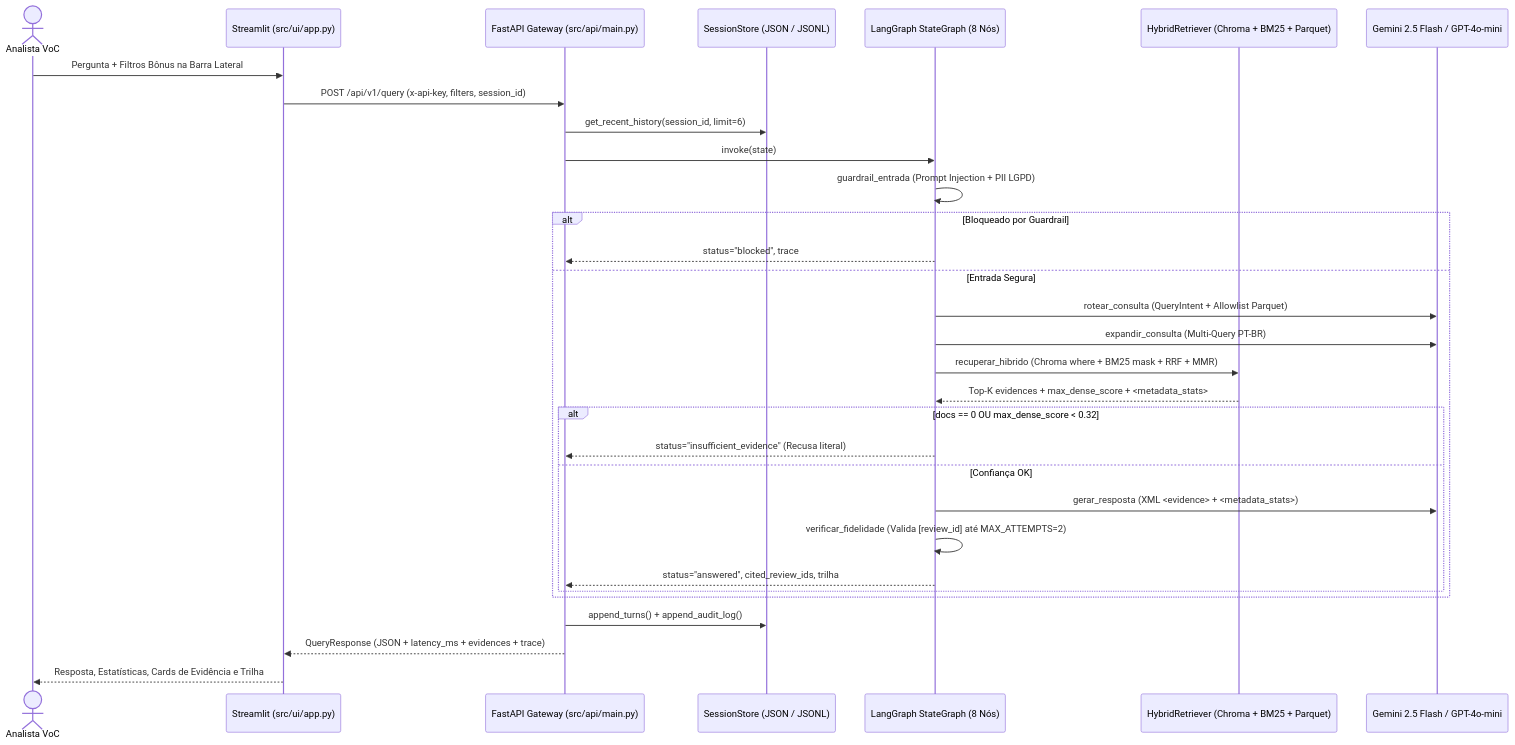
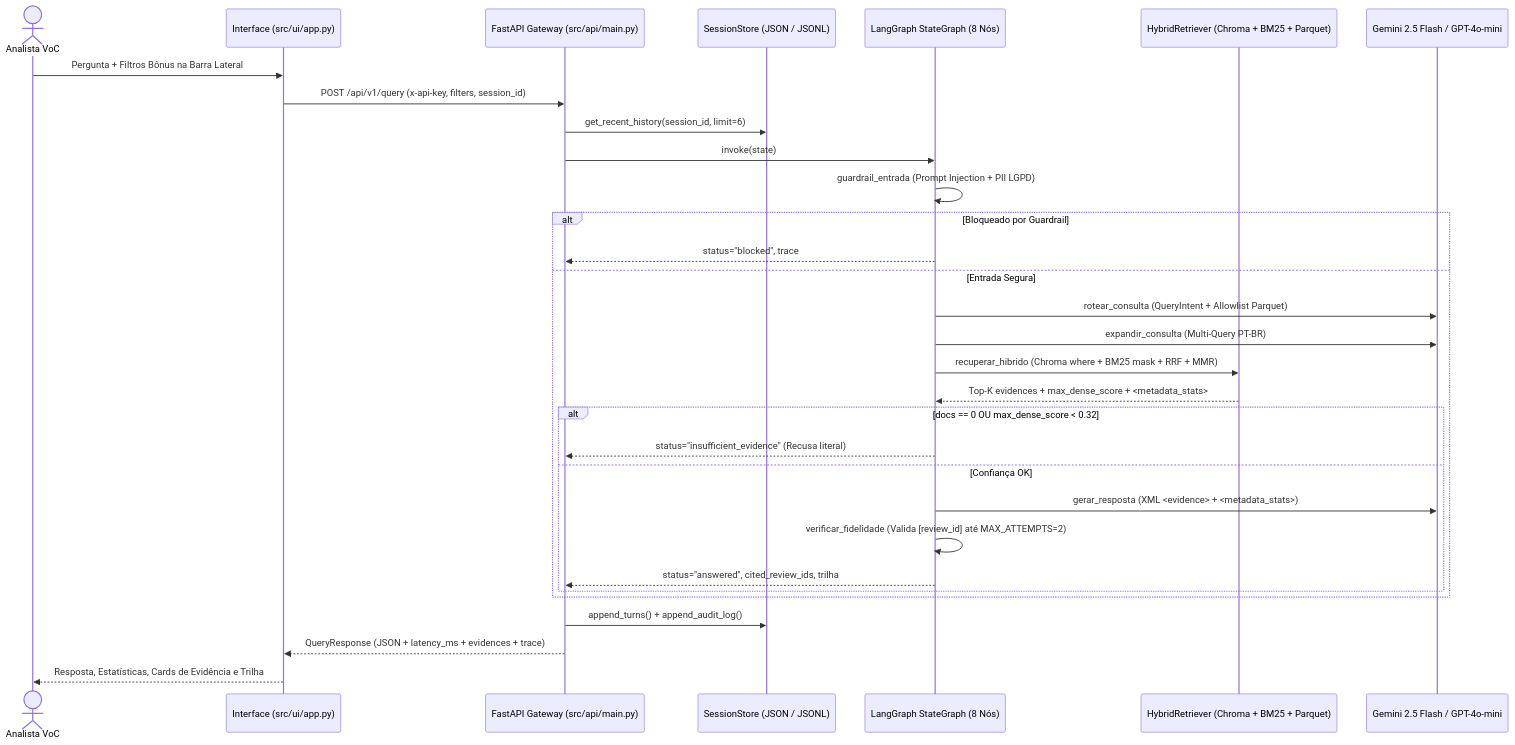
Before and after one commit to MaxxTak/tech-challenge-4: the fourth of 4 diagrams in README.md, drawn with Mermaid. The commit also changed other lines of this file and 1 other file, not shown here.

````diff
--- a/README.md
+++ b/README.md
@@ -79,34 +167,34 @@
 ```mermaid
 sequenceDiagram
     actor User as Analista VoC
-    participant UI as Streamlit (src/ui/app.py)
+    participant UI as Interface (src/ui/app.py)
     participant API as FastAPI Gateway (src/api/main.py)
     participant SS as SessionStore (JSON / JSONL)
     participant LG as LangGraph StateGraph (8 Nós)
     participant RET as HybridRetriever (Chroma + BM25 + Parquet)
     participant LLM as Gemini 2.5 Flash / GPT-4o-mini
 
     User->>UI: Pergunta + Filtros Bônus na Barra Lateral
     UI->>API: POST /api/v1/query (x-api-key, filters, session_id)
     API->>SS: get_recent_history(session_id, limit=6)
     API->>LG: invoke(state)
     LG->>LG: guardrail_entrada (Prompt Injection + PII LGPD)
     alt Bloqueado por Guardrail
         LG-->>API: status="blocked", trace
     else Entrada Segura
         LG->>LLM: rotear_consulta (QueryIntent + Allowlist Parquet)
         LG->>LLM: expandir_consulta (Multi-Query PT-BR)
         LG->>RET: recuperar_hibrido (Chroma where + BM25 mask + RRF + MMR)
         RET-->>LG: Top-K evidences + max_dense_score + <metadata_stats>
         alt docs == 0 OU max_dense_score < 0.32
             LG-->>API: status="insufficient_evidence" (Recusa literal)
         else Confiança OK
             LG->>LLM: gerar_resposta (XML <evidence> + <metadata_stats>)
             LG->>LG: verificar_fidelidade (Valida [review_id] até MAX_ATTEMPTS=2)
             LG-->>API: status="answered", cited_review_ids, trilha
         end
     end
     API->>SS: append_turns() + append_audit_log()
     API-->>UI: QueryResponse (JSON + latency_ms + evidences + trace)
     UI-->>User: Resposta, Estatísticas, Cards de Evidência e Trilha
 ```
````
